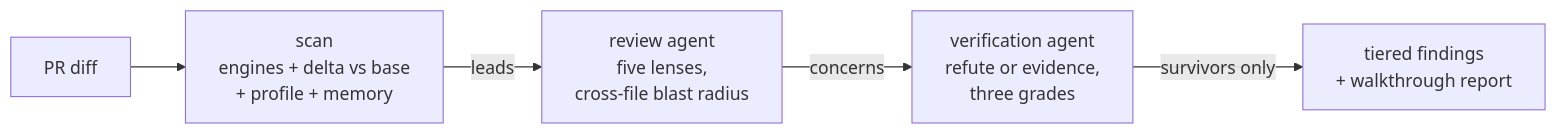
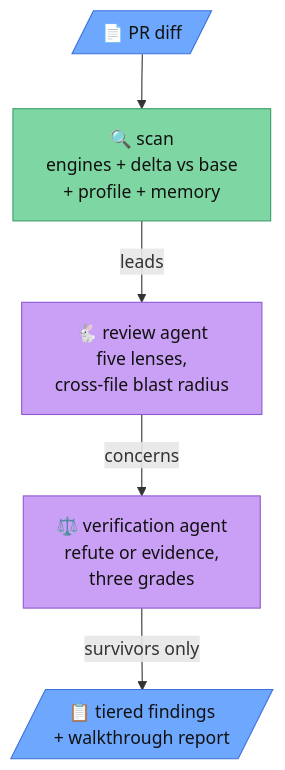
Before and after one commit to andrebrait/leveret: the diagram in README.md, drawn with Mermaid. The commit also changed 2 other files, not shown here.

Commit message:
docs: diagrams get roles by color, vertical layout for mobile
Consistent classes across all three flowcharts — GitHub blue, tunnel
amber, deterministic core green, agents purple, stores teal — mid-tone
fills with dark text so they read on both light and dark themes, no
background set (GitHub's mermaid canvas stays transparent). Layouts
switch to top-down so phones don't shrink a long horizontal line into
illegibility; a little icon flavor per node.

````diff
--- a/README.md
+++ b/README.md
@@ -19,7 +19,14 @@
 ```mermaid
-flowchart LR
-    D[PR diff] --> S[scan<br>engines + delta vs base<br>+ profile + memory]
-    S -- leads --> R[review agent<br>five lenses,<br>cross-file blast radius]
-    R -- concerns --> V[verification agent<br>refute or evidence,<br>three grades]
-    V -- survivors only --> T[tiered findings<br>+ walkthrough report]
+flowchart TD
+    D[/"📄 PR diff"/]:::gh
+    S["🔍 scan<br>engines + delta vs base<br>+ profile + memory"]:::core
+    R["🐇 review agent<br>five lenses,<br>cross-file blast radius"]:::agent
+    V["⚖️ verification agent<br>refute or evidence,<br>three grades"]:::agent
+    T[/"📋 tiered findings<br>+ walkthrough report"/]:::gh
+    D --> S -- leads --> R -- concerns --> V -- survivors only --> T
+    classDef gh fill:#6ea8fe,stroke:#3d6fd9,color:#111
+    classDef tun fill:#ffc86b,stroke:#cc8f22,color:#111
+    classDef core fill:#7ed6a2,stroke:#3d9e6a,color:#111
+    classDef agent fill:#c9a0f5,stroke:#9059d1,color:#111
+    classDef store fill:#9fd8e3,stroke:#4d9aab,color:#111
 ```
````
